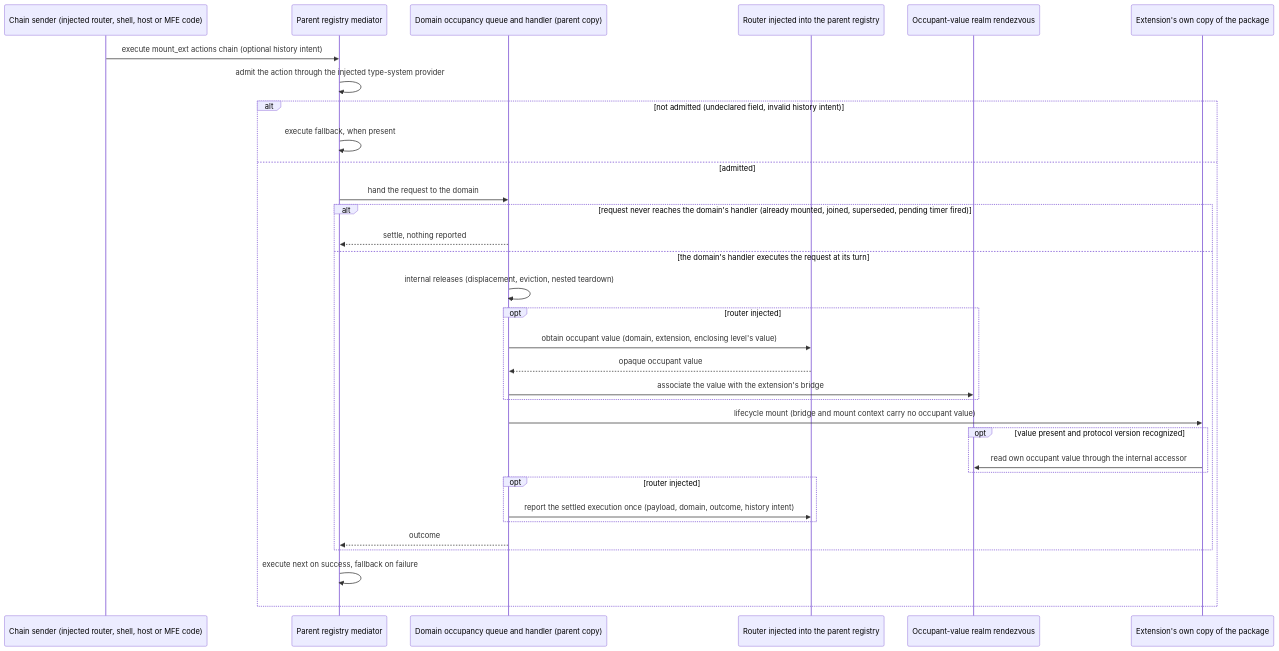
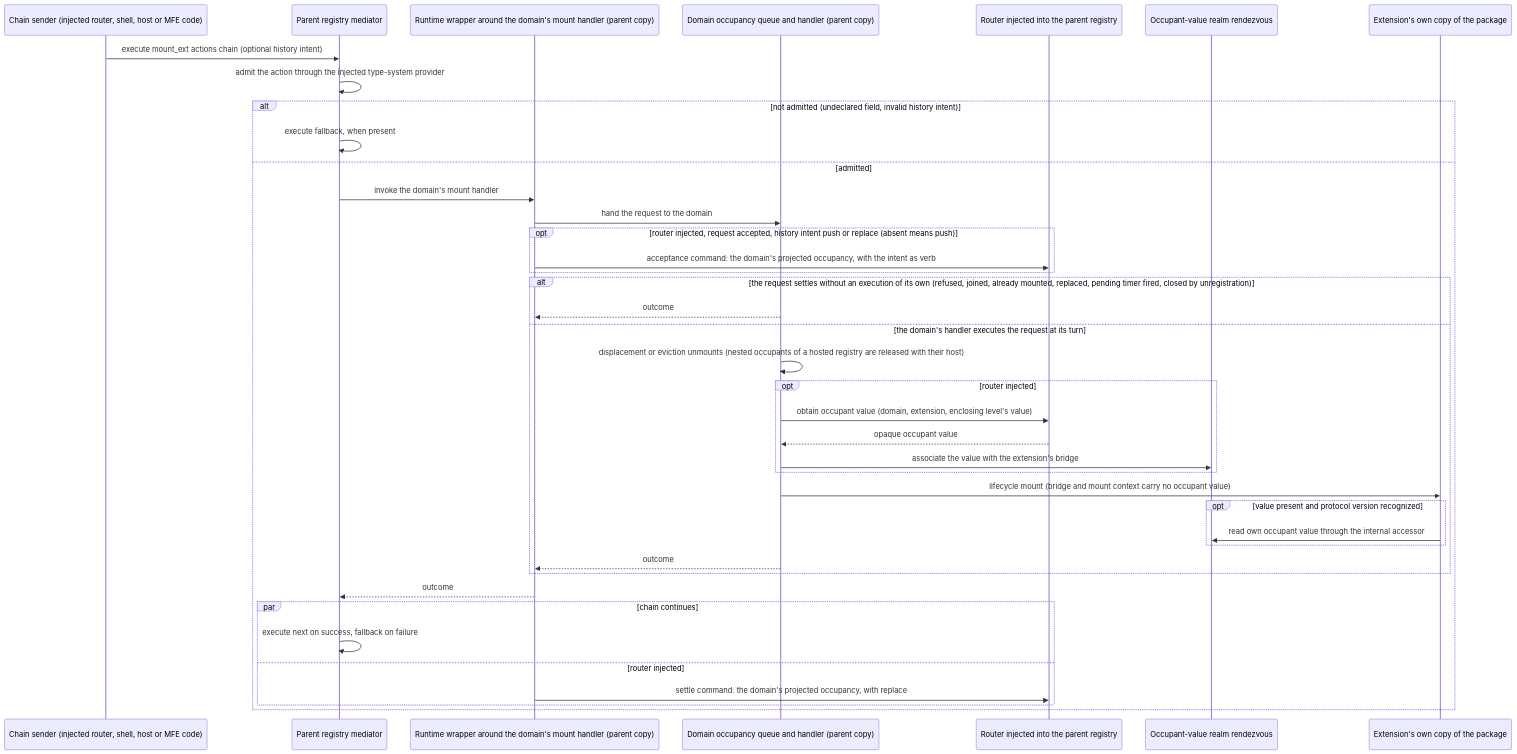
One commit to GeraBart/gears-frontx changed the fourth of 5 diagrams in packages/mfes/architecture/DESIGN.md. Above: the diagram before and after it, drawn with Mermaid. The commit also changed other lines of this file and 76 other files, not shown here.

Commit message:
feat: command the URL with reflect; teardown never interrupts started work

````diff
--- a/packages/mfes/architecture/DESIGN.md
+++ b/packages/mfes/architecture/DESIGN.md
@@ -439,35 +439,42 @@
 ```mermaid
 sequenceDiagram
     participant Snd as Chain sender (injected router, shell, host or MFE code)
     participant Med as Parent registry mediator
+    participant Wr as Runtime wrapper around the domain's mount handler (parent copy)
     participant Dom as Domain occupancy queue and handler (parent copy)
     participant Rt as Router injected into the parent registry
     participant RV as Occupant-value realm rendezvous
     participant Child as Extension's own copy of the package
     Snd->>Med: execute mount_ext actions chain (optional history intent)
     Med->>Med: admit the action through the injected type-system provider
     alt not admitted (undeclared field, invalid history intent)
         Med->>Med: execute fallback, when present
     else admitted
-        Med->>Dom: hand the request to the domain
-        alt request never reaches the domain's handler (already mounted, joined, superseded, pending timer fired)
-            Dom-->>Med: settle, nothing reported
+        Med->>Wr: invoke the domain's mount handler
+        Wr->>Dom: hand the request to the domain
+        opt router injected, request accepted, history intent push or replace (absent means push)
+            Wr->>Rt: acceptance command: the domain's projected occupancy, with the intent as verb
+        end
+        alt the request settles without an execution of its own (refused, joined, already mounted, replaced, pending timer fired, closed by unregistration)
+            Dom-->>Wr: outcome
         else the domain's handler executes the request at its turn
-            Dom->>Dom: internal releases (displacement, eviction, nested teardown)
+            Dom->>Dom: displacement or eviction unmounts (nested occupants of a hosted registry are released with their host)
             opt router injected
                 Dom->>Rt: obtain occupant value (domain, extension, enclosing level's value)
                 Rt-->>Dom: opaque occupant value
                 Dom->>RV: associate the value with the extension's bridge
             end
             Dom->>Child: lifecycle mount (bridge and mount context carry no occupant value)
             opt value present and protocol version recognized
                 Child->>RV: read own occupant value through the internal accessor
             end
-            opt router injected
-                Dom->>Rt: report the settled execution once (payload, domain, outcome, history intent)
-            end
-            Dom-->>Med: outcome
+            Dom-->>Wr: outcome
         end
-        Med->>Med: execute next on success, fallback on failure
+        Wr-->>Med: outcome
+        par chain continues
+            Med->>Med: execute next on success, fallback on failure
+        and router injected
+            Wr->>Rt: settle command: the domain's projected occupancy, with replace
+        end
     end
 ```
````
